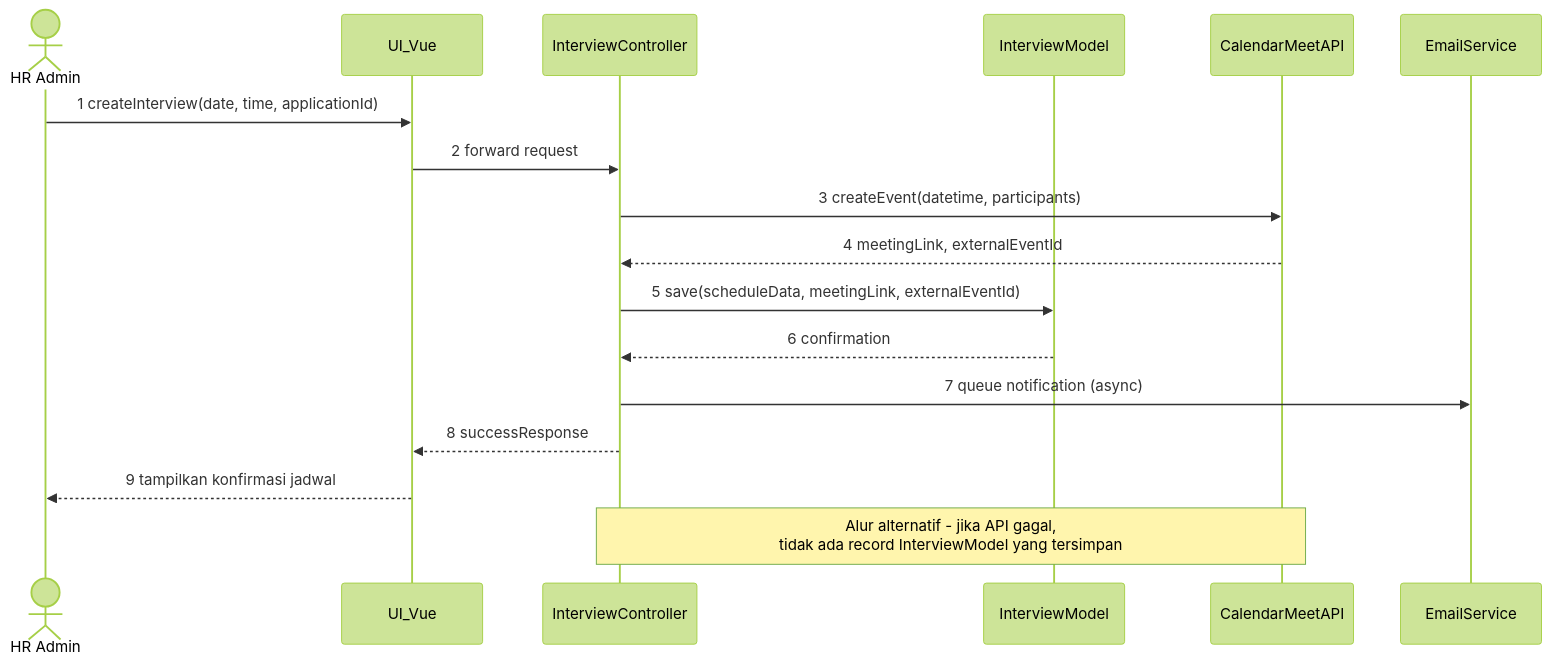
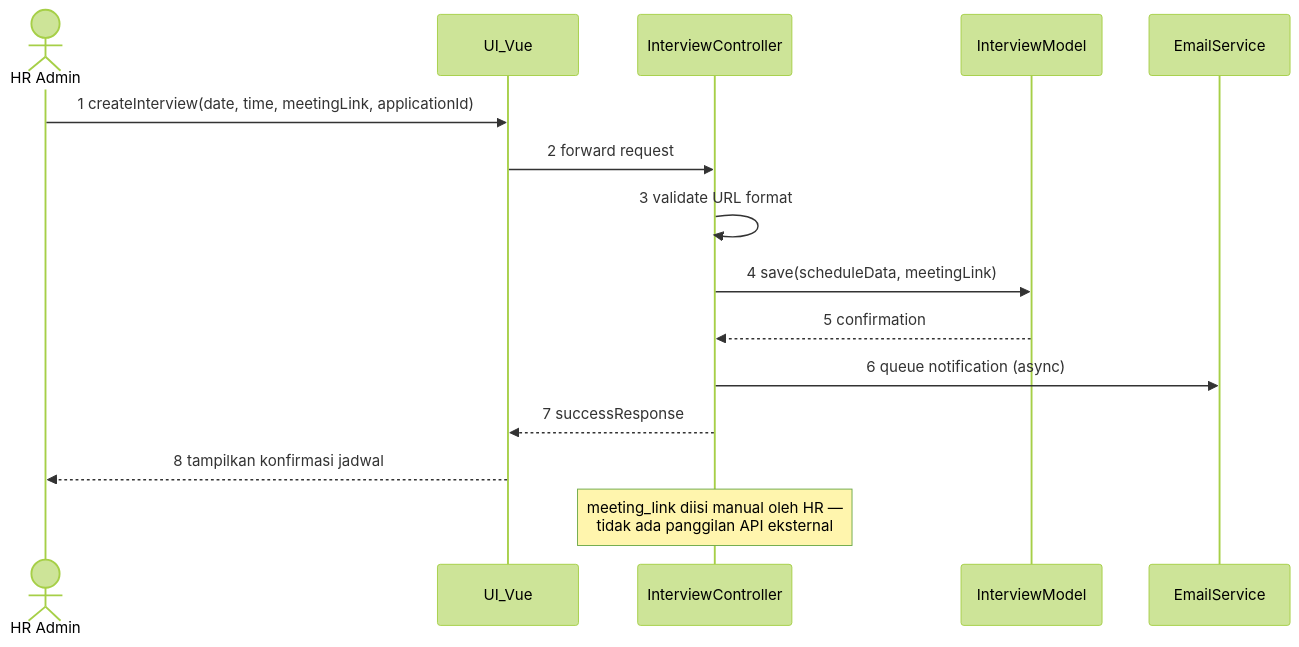
The second of 3 diagrams in docs/SEQUENCE-DIAGRAM.md (zhafrandzaky/e-recruitment), drawn with Mermaid (forest theme) before and after one commit. The commit also changed other lines of this file and 29 other files, not shown here.

````diff
--- a/docs/SEQUENCE-DIAGRAM.md
+++ b/docs/SEQUENCE-DIAGRAM.md
@@ -58,21 +58,19 @@
 ```mermaid
 sequenceDiagram
   actor HR as HR Admin
   participant View as UI_Vue
   participant Ctrl as InterviewController
   participant Model as InterviewModel
-  participant API as CalendarMeetAPI
   participant Email as EmailService
 
-  HR->>View: 1 createInterview(date, time, applicationId)
+  HR->>View: 1 createInterview(date, time, meetingLink, applicationId)
   View->>Ctrl: 2 forward request
-  Ctrl->>API: 3 createEvent(datetime, participants)
-  API-->>Ctrl: 4 meetingLink, externalEventId
-  Ctrl->>Model: 5 save(scheduleData, meetingLink, externalEventId)
-  Model-->>Ctrl: 6 confirmation
-  Ctrl->>Email: 7 queue notification (async)
-  Ctrl-->>View: 8 successResponse
-  View-->>HR: 9 tampilkan konfirmasi jadwal
+  Ctrl->>Ctrl: 3 validate URL format
+  Ctrl->>Model: 4 save(scheduleData, meetingLink)
+  Model-->>Ctrl: 5 confirmation
+  Ctrl->>Email: 6 queue notification (async)
+  Ctrl-->>View: 7 successResponse
+  View-->>HR: 8 tampilkan konfirmasi jadwal
 
-  Note over Ctrl,API: Alur alternatif - jika API gagal,<br/>tidak ada record InterviewModel yang tersimpan
+  Note over Ctrl: meeting_link diisi manual oleh HR —<br/>tidak ada panggilan API eksternal
 ```
````
